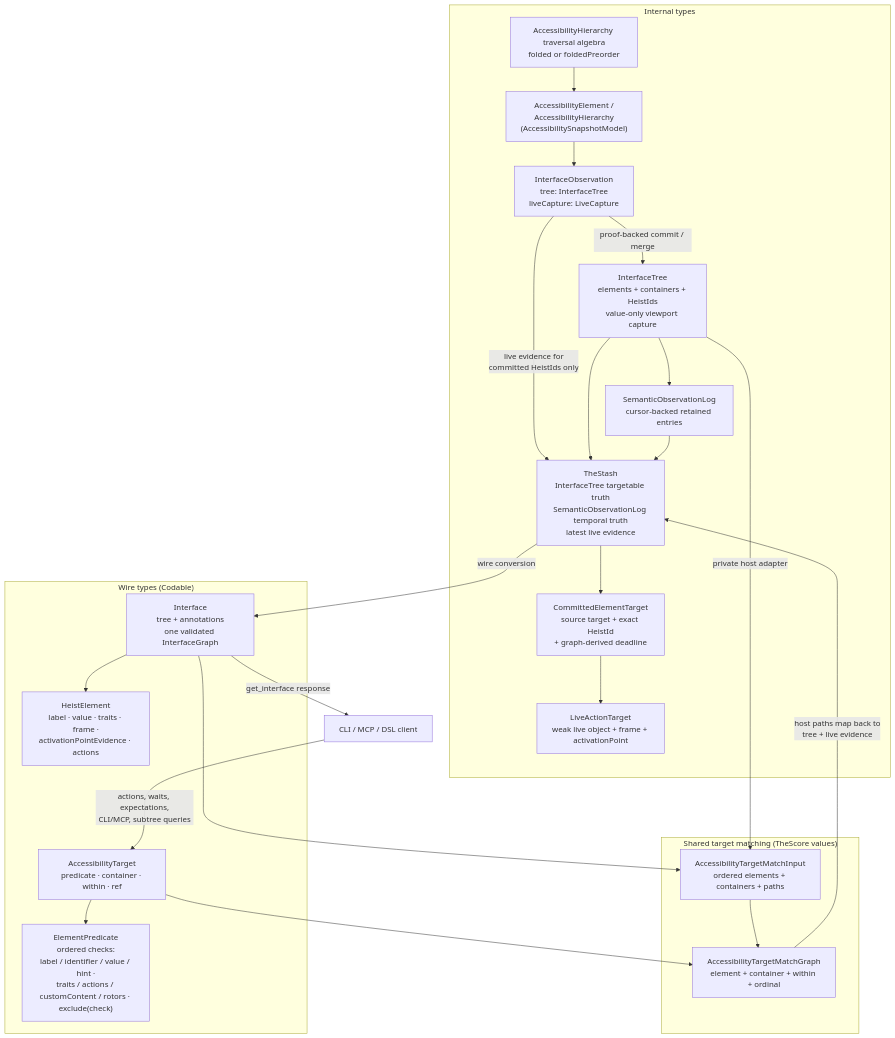
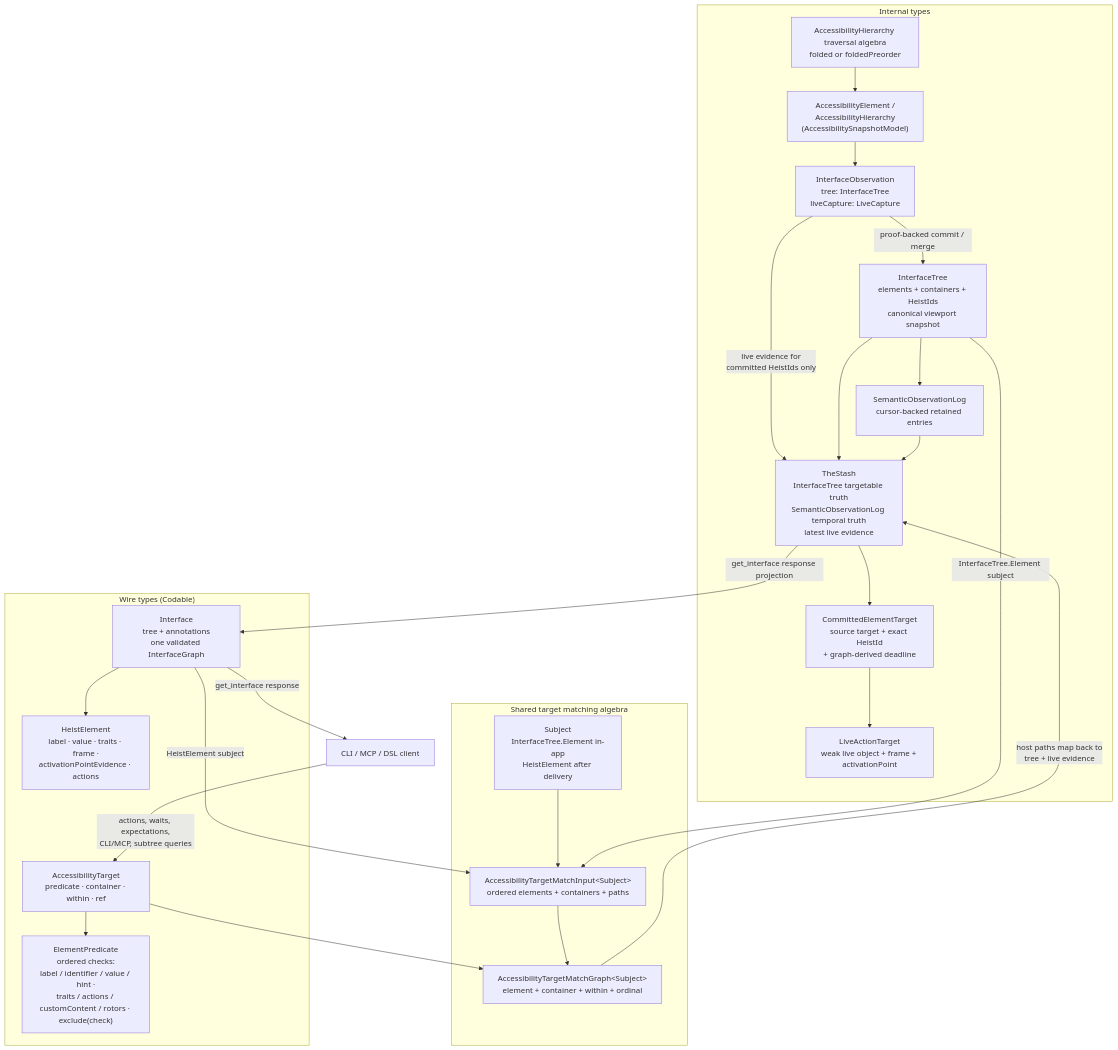
Before and after one commit to RoyalPineapple/TheButtonHeist: the diagram in docs/diagrams/currency-types.md, drawn with Mermaid. The commit also changed other lines of this file and 100 other files, not shown here.

First line of the commit message:
Consolidate canonical architecture ownership (#1354)

````diff
--- a/docs/diagrams/currency-types.md
+++ b/docs/diagrams/currency-types.md
@@ -8,48 +8,50 @@
 ```mermaid
 flowchart TD
     subgraph internal["Internal types"]
         WALK["AccessibilityHierarchy traversal algebra<br/>folded or foldedPreorder"]
         AXE["AccessibilityElement /<br/>AccessibilityHierarchy<br/>(AccessibilitySnapshotModel)"]
         OBS["InterfaceObservation<br/>tree: InterfaceTree<br/>liveCapture: LiveCapture"]
-        TREE["InterfaceTree<br/>elements + containers + HeistIds<br/>value-only viewport capture"]
+        TREE["InterfaceTree<br/>elements + containers + HeistIds<br/>canonical viewport snapshot"]
         LOG["SemanticObservationLog<br/>cursor-backed retained entries"]
         STASH["TheStash<br/>InterfaceTree targetable truth<br/>SemanticObservationLog temporal truth<br/>latest live evidence"]
         PIN["CommittedElementTarget<br/>source target + exact HeistId<br/>+ graph-derived deadline"]
         LIVET["LiveActionTarget<br/>weak live object + frame + activationPoint"]
         WALK --> AXE
         AXE --> OBS
         OBS -- "proof-backed commit / merge" --> TREE
         OBS -- "live evidence for<br/>committed HeistIds only" --> STASH
         TREE --> STASH
         TREE --> LOG
         LOG --> STASH
         STASH --> PIN
         PIN --> LIVET
     end
 
     subgraph wireTypes["Wire types (Codable)"]
         IFACE["Interface<br/>tree + annotations<br/>one validated InterfaceGraph"]
         HE["HeistElement<br/>label · value · traits · frame ·<br/>activationPointEvidence · actions"]
         ET["AccessibilityTarget<br/>predicate · container · within · ref"]
         EP["ElementPredicate<br/>ordered checks:<br/>label / identifier / value / hint ·<br/>traits / actions / customContent / rotors · exclude(check)"]
         IFACE --> HE
         HE ~~~ ET
         ET --> EP
     end
 
-    subgraph matching["Shared target matching (TheScore values)"]
-        INPUT["AccessibilityTargetMatchInput<br/>ordered elements + containers + paths"]
-        MATCH["AccessibilityTargetMatchGraph<br/>element + container + within + ordinal"]
+    subgraph matching["Shared target matching algebra"]
+        SUBJECT["Subject<br/>InterfaceTree.Element in-app<br/>HeistElement after delivery"]
+        INPUT["AccessibilityTargetMatchInput&lt;Subject&gt;<br/>ordered elements + containers + paths"]
+        MATCH["AccessibilityTargetMatchGraph&lt;Subject&gt;<br/>element + container + within + ordinal"]
+        SUBJECT --> INPUT
         INPUT --> MATCH
     end
 
     CLIENT["CLI / MCP / DSL client"]
 
-    STASH -- "wire conversion" --> IFACE
+    STASH -- "get_interface response projection" --> IFACE
     IFACE -- "get_interface response" --> CLIENT
     CLIENT -- "actions, waits, expectations,<br/>CLI/MCP, subtree queries" --> ET
-    IFACE --> INPUT
-    TREE -- "private host adapter" --> INPUT
+    IFACE -- "HeistElement subject" --> INPUT
+    TREE -- "InterfaceTree.Element subject" --> INPUT
     ET --> MATCH
     MATCH -- "host paths map back to<br/>tree + live evidence" --> STASH
 ```
````
